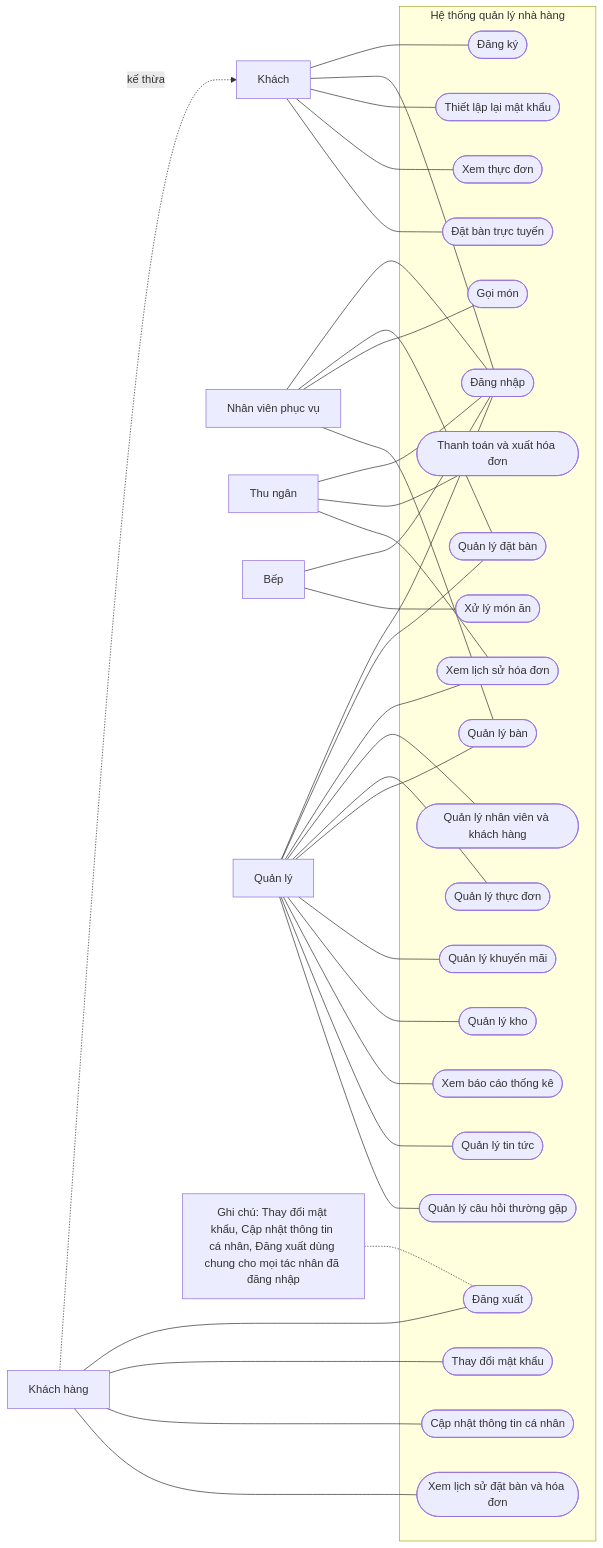
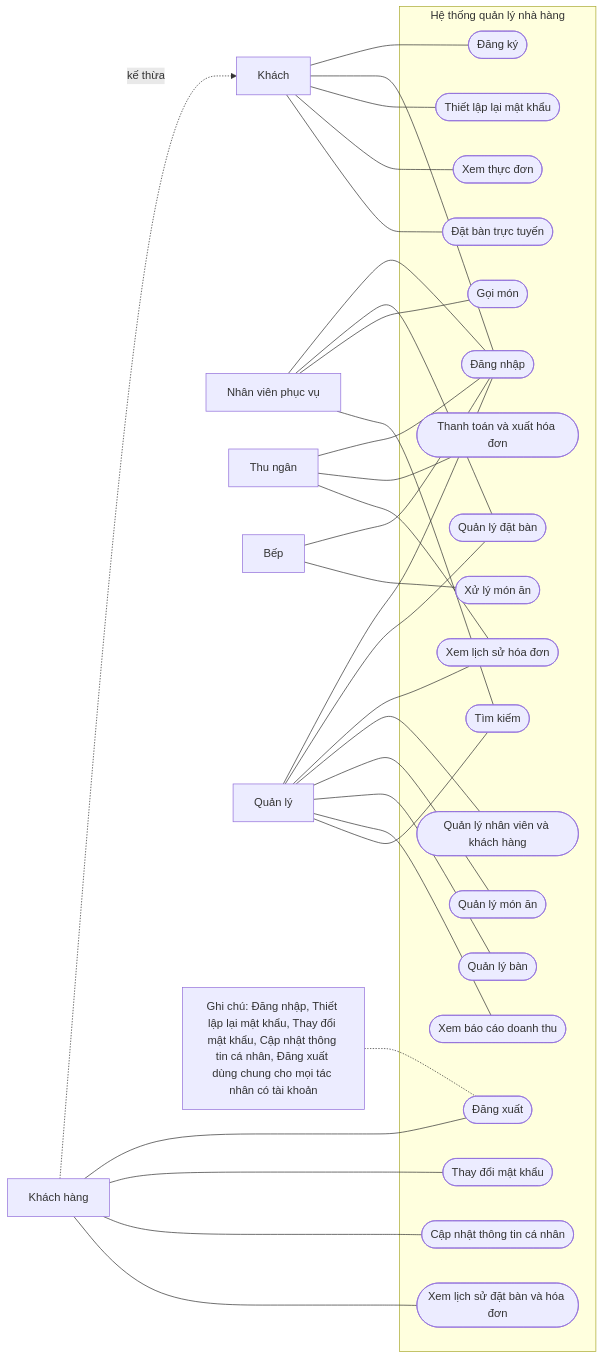
Before and after one commit to dungcony/e-learn: the first of 7 diagrams in docs/srs-restaurant.md, drawn with Mermaid. The commit also changed other lines of this file, not shown here.

````diff
--- a/docs/srs-restaurant.md
+++ b/docs/srs-restaurant.md
@@ -247,44 +209,41 @@
 ```mermaid
 flowchart LR
     Khach["Khách"]
     KH["Khách hàng"]
     PV["Nhân viên phục vụ"]
     TN["Thu ngân"]
     Bep["Bếp"]
     QL["Quản lý"]
-    Ghi["Ghi chú: Thay đổi mật khẩu, Cập nhật thông tin cá nhân, Đăng xuất dùng chung cho mọi tác nhân đã đăng nhập"]
+    Ghi["Ghi chú: Đăng nhập, Thiết lập lại mật khẩu, Thay đổi mật khẩu, Cập nhật thông tin cá nhân, Đăng xuất dùng chung cho mọi tác nhân có tài khoản"]
 
     subgraph SYS["Hệ thống quản lý nhà hàng"]
         U1(["Đăng ký"])
         U2(["Đăng nhập"])
         U3(["Thiết lập lại mật khẩu"])
         U4(["Xem thực đơn"])
         U5(["Đặt bàn trực tuyến"])
         U6(["Đăng xuất"])
         U7(["Thay đổi mật khẩu"])
         U8(["Cập nhật thông tin cá nhân"])
         U9(["Xem lịch sử đặt bàn và hóa đơn"])
         U10(["Quản lý đặt bàn"])
         U11(["Gọi món"])
         U12(["Xử lý món ăn"])
         U13(["Thanh toán và xuất hóa đơn"])
         U14(["Xem lịch sử hóa đơn"])
         U15(["Quản lý nhân viên và khách hàng"])
-        U16(["Quản lý thực đơn"])
+        U16(["Quản lý món ăn"])
         U17(["Quản lý bàn"])
-        U18(["Quản lý khuyến mãi"])
-        U19(["Quản lý kho"])
-        U20(["Xem báo cáo thống kê"])
-        U21(["Quản lý tin tức"])
-        U22(["Quản lý câu hỏi thường gặp"])
+        U18(["Xem báo cáo doanh thu"])
+        U19(["Tìm kiếm"])
     end
 
     Khach --- U1 & U2 & U3 & U4 & U5
     KH -.->|"kế thừa"| Khach
     KH --- U6 & U7 & U8 & U9
-    PV --- U2 & U10 & U11 & U17
+    PV --- U2 & U10 & U11 & U19
     TN --- U2 & U13 & U14
     Bep --- U2 & U12
-    QL --- U2 & U10 & U14 & U15 & U16 & U17 & U18 & U19 & U20 & U21 & U22
+    QL --- U2 & U10 & U14 & U15 & U16 & U17 & U18 & U19
     Ghi -.- U6
 ```
````
